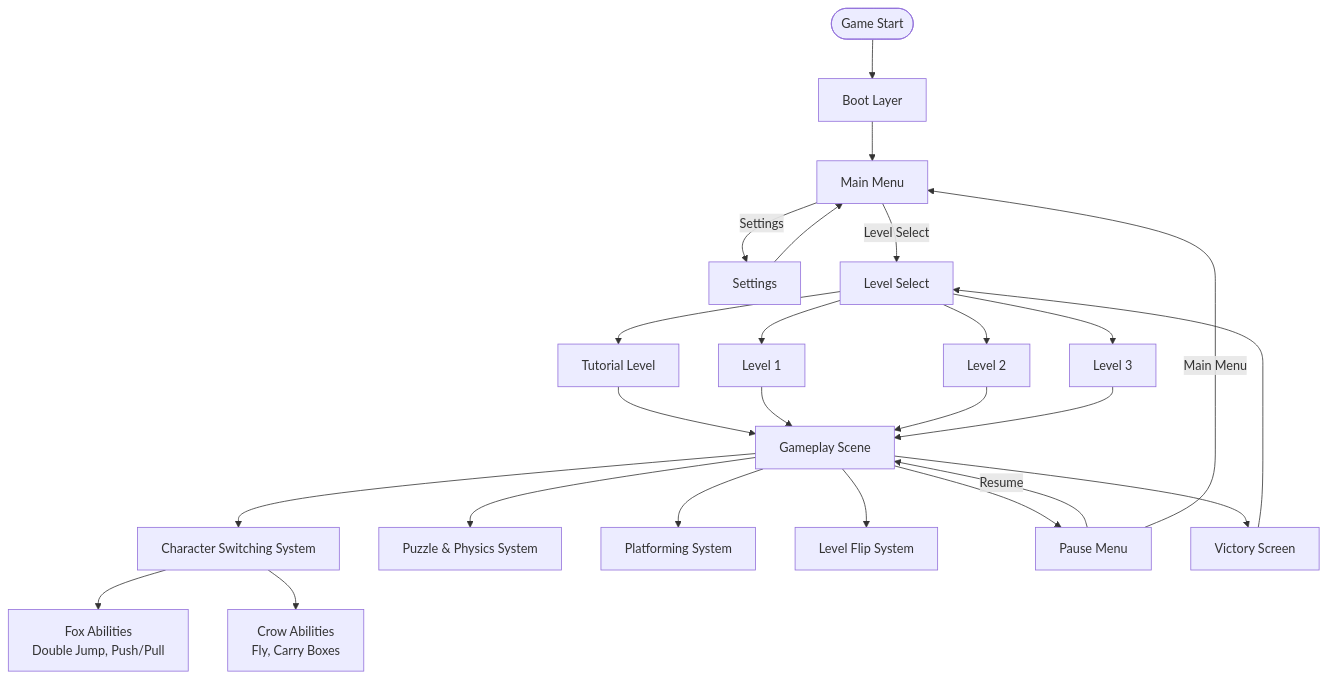
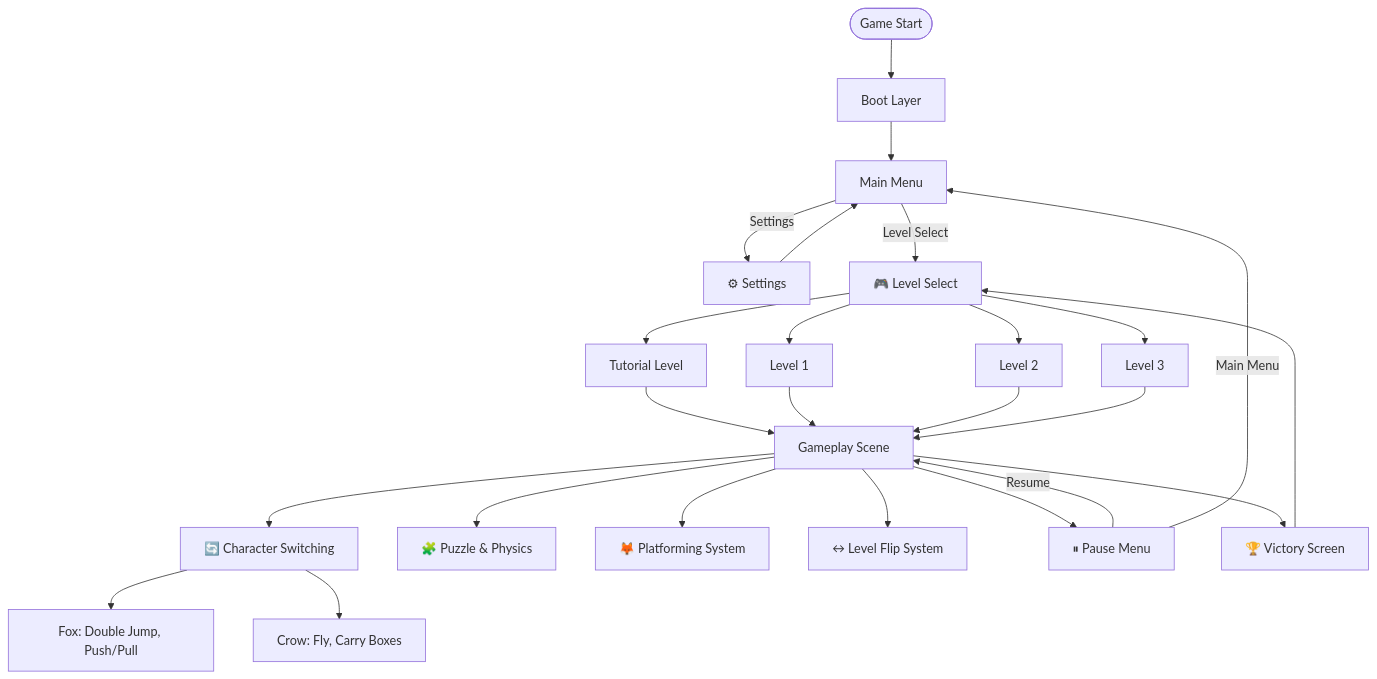
Before and after one commit to Justsomeguy241/Out-of-the-box: the second of 4 diagrams in README.md, drawn with Mermaid.

````diff
--- a/README.md
+++ b/README.md
@@ -48,65 +48,42 @@
 ```mermaid
 graph TD
-    %% Initialization & Menus
-    Start([Game Start])
-    Boot[Boot Layer]
-    MM[Main Menu]
-    Settings[Settings]
-    LevelSelect[Level Select]
+ %% Initialization
+    Start([Game Start]) --> Boot[Boot Layer] --> MM[Main Menu]
 
-    %% Gameplay Core
-    GP[Gameplay Scene]
-    Switch[Character Switching System]
-    Puzzle[Puzzle & Physics System]
-    Platforming[Platforming System]
-    Flip[Level Flip System]
-
-    %% Characters
-    Fox[Fox Abilities<br/>Double Jump, Push/Pull]
-    Crow[Crow Abilities<br/>Fly, Carry Boxes]
-
-    %% UI & States
-    Pause[Pause Menu]
-    Victory[Victory Screen]
-
-    %% Level Progression
-    Tutorial[Tutorial Level]
-    Level1[Level 1]
-    Level2[Level 2]
-    Level3[Level 3]
-
-    %% Flows
-    Start --> Boot --> MM
-    MM -->|Settings| Settings
-    MM -->|Level Select| LevelSelect
+    %% Main Menu Options
+    MM -->|Settings| Settings[⚙ Settings]
+    MM -->|Level Select| LevelSelect[🎮 Level Select]
     Settings --> MM
 
-    %% Level Select leads to any level
-    LevelSelect --> Tutorial
-    LevelSelect --> Level1
-    LevelSelect --> Level2
-    LevelSelect --> Level3
+    %% Level Select -> Levels
+    LevelSelect --> Tutorial[Tutorial Level]
+    LevelSelect --> Level1[Level 1]
+    LevelSelect --> Level2[Level 2]
+    LevelSelect --> Level3[Level 3]
 
-    %% Levels connect to Gameplay
-    Tutorial --> GP
+    %% Levels flow into Gameplay
+    Tutorial --> GP[Gameplay Scene]
     Level1 --> GP
     Level2 --> GP
     Level3 --> GP
-    GP --> Victory
-    Victory --> LevelSelect
 
     %% Gameplay Systems
-    GP --> Switch
-    Switch --> Fox
-    Switch --> Crow
-    GP --> Puzzle
-    GP --> Platforming
-    GP --> Flip
+    GP --> Switch[🔄 Character Switching]
+    GP --> Puzzle[🧩 Puzzle & Physics]
+    GP --> Platforming[🦊 Platforming System]
+    GP --> Flip[↔ Level Flip System]
 
-    %% Pause Menu
-    GP --> Pause
+    %% Characters
+    Switch --> Fox[Fox: Double Jump, Push/Pull]
+    Switch --> Crow[Crow: Fly, Carry Boxes]
+
+    %% Pause
+    GP --> Pause[⏸ Pause Menu]
     Pause -->|Resume| GP
     Pause -->|Main Menu| MM
 
-
+    %% End Flow
+    GP --> Victory[🏆 Victory Screen]
+    Victory --> LevelSelect
+    
 ```
````
